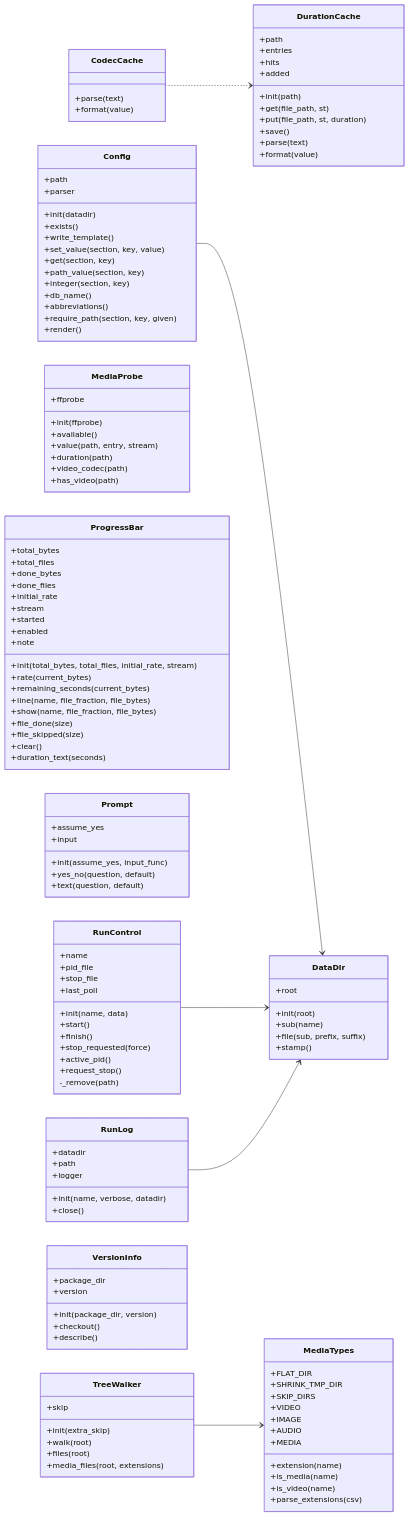
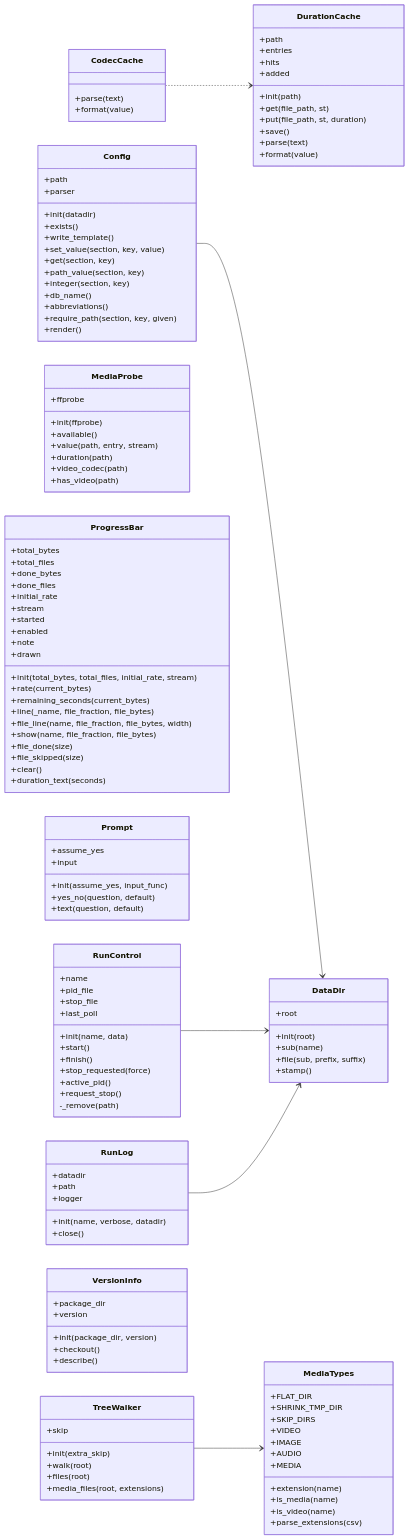
One commit to peddanet/mediatools changed the diagram in docs/img/uml_core.mmd. Above: the diagram before and after it, drawn with Mermaid. The commit also changed 8 other files, not shown here.

```diff
--- a/docs/img/uml_core.mmd
+++ b/docs/img/uml_core.mmd
@@ -1,128 +1,130 @@
 classDiagram
   direction LR
   class CodecCache {
     +parse(text)
     +format(value)
   }
   class Config {
     +path
     +parser
     +init(datadir)
     +exists()
     +write_template()
     +set_value(section, key, value)
     +get(section, key)
     +path_value(section, key)
     +integer(section, key)
     +db_name()
     +abbreviations()
     +require_path(section, key, given)
     +render()
   }
   class DataDir {
     +root
     +init(root)
     +sub(name)
     +file(sub, prefix, suffix)
     +stamp()
   }
   class DurationCache {
     +path
     +entries
     +hits
     +added
     +init(path)
     +get(file_path, st)
     +put(file_path, st, duration)
     +save()
     +parse(text)
     +format(value)
   }
   class MediaTypes {
     +FLAT_DIR
     +SHRINK_TMP_DIR
     +SKIP_DIRS
     +VIDEO
     +IMAGE
     +AUDIO
     +MEDIA
     +extension(name)
     +is_media(name)
     +is_video(name)
     +parse_extensions(csv)
   }
   class MediaProbe {
     +ffprobe
     +init(ffprobe)
     +available()
     +value(path, entry, stream)
     +duration(path)
     +video_codec(path)
     +has_video(path)
   }
   class ProgressBar {
     +total_bytes
     +total_files
     +done_bytes
     +done_files
     +initial_rate
     +stream
     +started
     +enabled
     +note
+    +drawn
     +init(total_bytes, total_files, initial_rate, stream)
     +rate(current_bytes)
     +remaining_seconds(current_bytes)
-    +line(name, file_fraction, file_bytes)
+    +line(_name, file_fraction, file_bytes)
+    +file_line(name, file_fraction, file_bytes, width)
     +show(name, file_fraction, file_bytes)
     +file_done(size)
     +file_skipped(size)
     +clear()
     +duration_text(seconds)
   }
   class Prompt {
     +assume_yes
     +input
     +init(assume_yes, input_func)
     +yes_no(question, default)
     +text(question, default)
   }
   class RunControl {
     +name
     +pid_file
     +stop_file
     +last_poll
     +init(name, data)
     +start()
     +finish()
     +stop_requested(force)
     +active_pid()
     +request_stop()
     -_remove(path)
   }
   class RunLog {
     +datadir
     +path
     +logger
     +init(name, verbose, datadir)
     +close()
   }
   class VersionInfo {
     +package_dir
     +version
     +init(package_dir, version)
     +checkout()
     +describe()
   }
   class TreeWalker {
     +skip
     +init(extra_skip)
     +walk(root)
     +files(root)
     +media_files(root, extensions)
   }
   CodecCache ..> DurationCache
   Config --> DataDir
   RunControl --> DataDir
   RunLog --> DataDir
   TreeWalker --> MediaTypes
```
